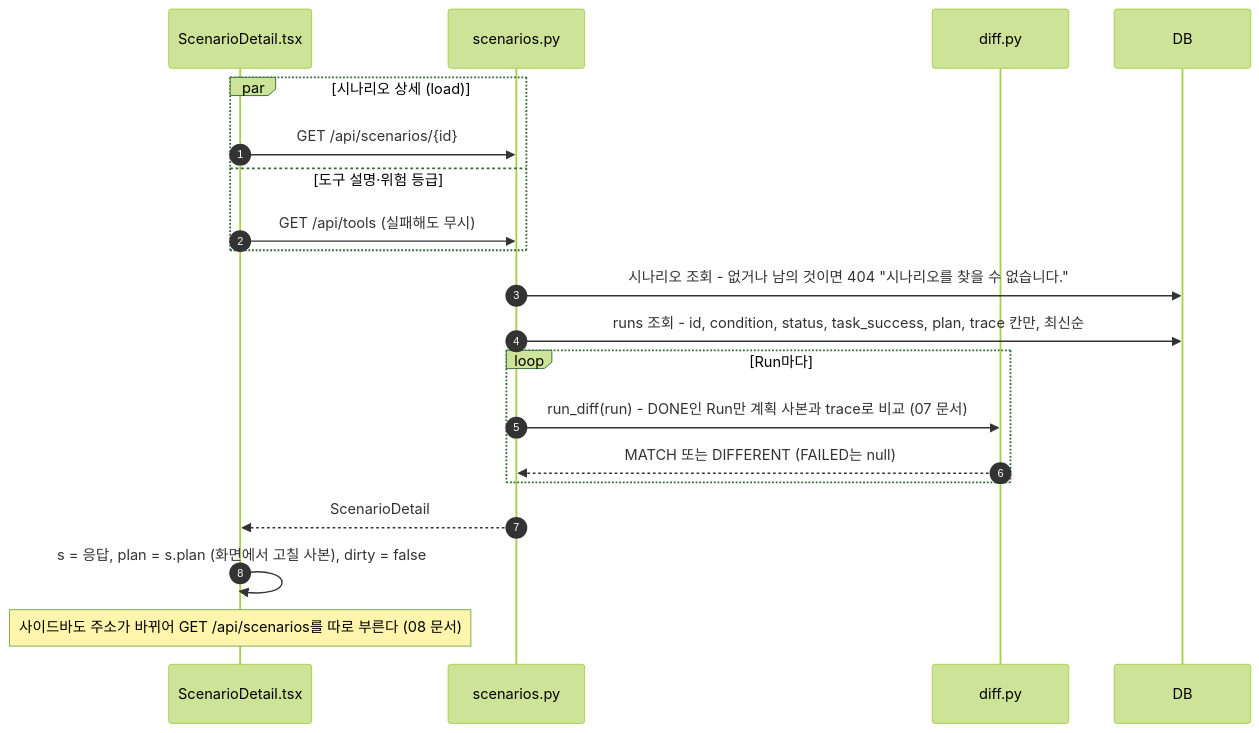
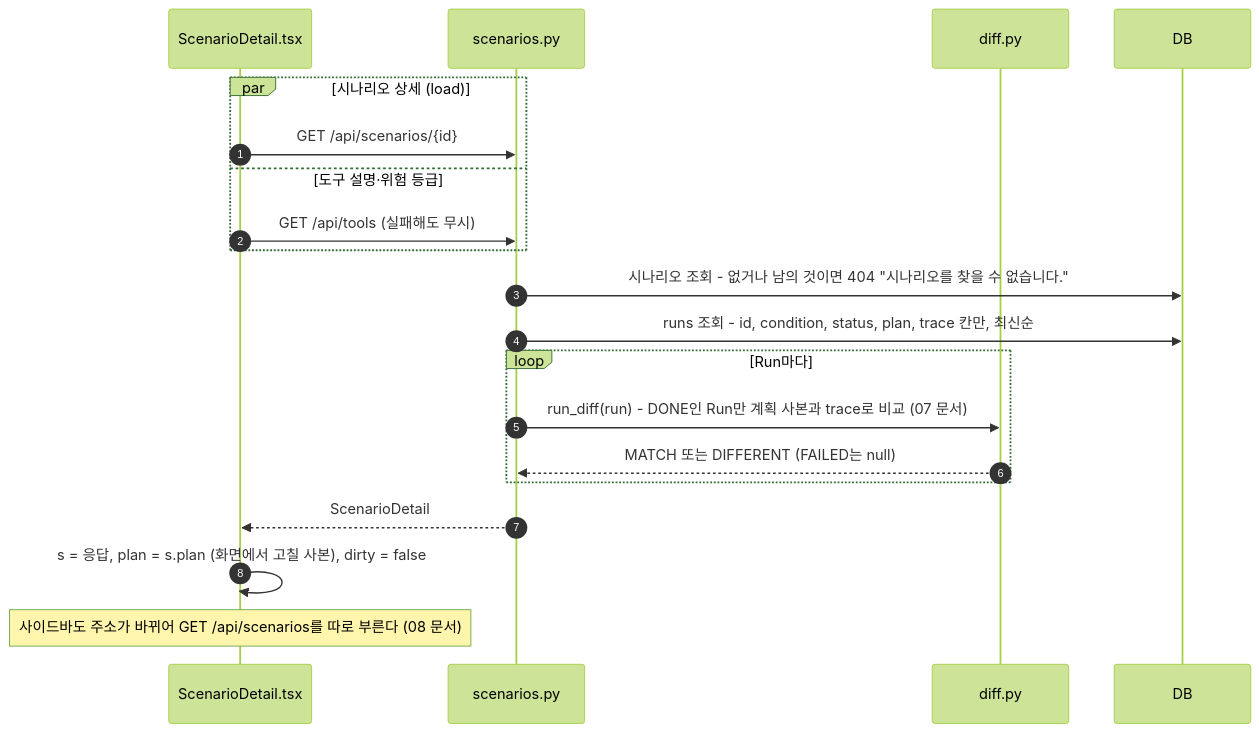
The first of 5 diagrams in docs/sequence/05-plan-confirm.md (hailey-03/agentfence), drawn with Mermaid (forest theme) before and after one commit. The commit also changed other lines of this file and 8 other files, not shown here.

First line of the commit message:
Run의 업무 성공 지표(task_success) 제거: 판정은 status와 diff만

````diff
--- a/docs/sequence/05-plan-confirm.md
+++ b/docs/sequence/05-plan-confirm.md
@@ -24,23 +24,23 @@
 ```mermaid
 sequenceDiagram
     autonumber
     participant SD as ScenarioDetail.tsx
     participant SC as scenarios.py
     participant DF as diff.py
     participant DB as DB
 
     par 시나리오 상세 (load)
         SD->>SC: GET /api/scenarios/{id}
     and 도구 설명·위험 등급
         SD->>SC: GET /api/tools (실패해도 무시)
     end
     SC->>DB: 시나리오 조회 - 없거나 남의 것이면 404 "시나리오를 찾을 수 없습니다."
-    SC->>DB: runs 조회 - id, condition, status, task_success, plan, trace 칸만, 최신순
+    SC->>DB: runs 조회 - id, condition, status, plan, trace 칸만, 최신순
     loop Run마다
         SC->>DF: run_diff(run) - DONE인 Run만 계획 사본과 trace로 비교 (07 문서)
         DF-->>SC: MATCH 또는 DIFFERENT (FAILED는 null)
     end
     SC-->>SD: ScenarioDetail
     SD->>SD: s = 응답, plan = s.plan (화면에서 고칠 사본), dirty = false
     Note over SD: 사이드바도 주소가 바뀌어 GET /api/scenarios를 따로 부른다 (08 문서)
 ```
````
